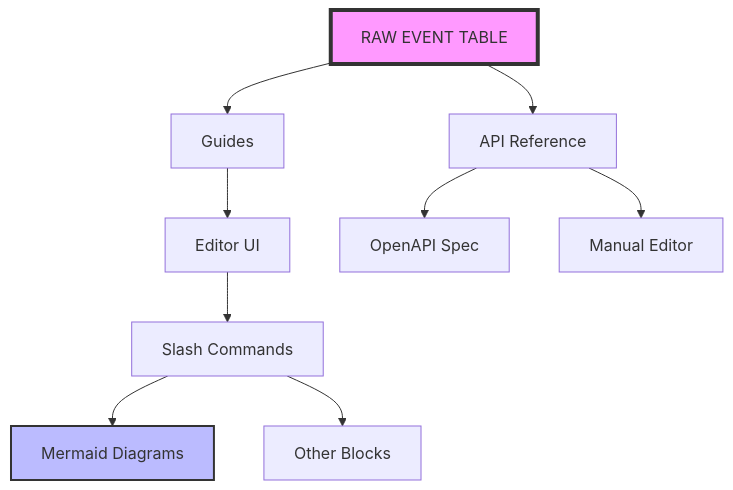
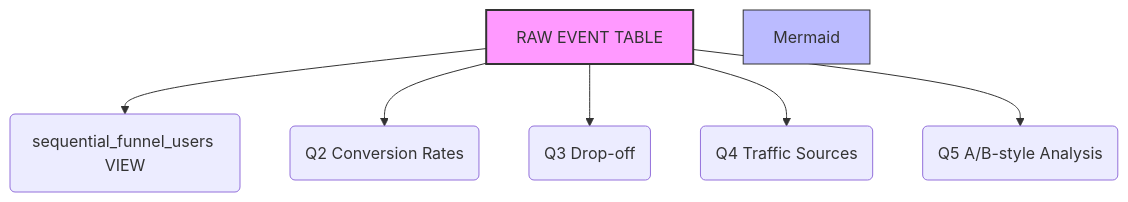
Before and after one commit to Adityayan/ecommerce-funnel-analysis: the diagram in README.md, drawn with Mermaid. The commit also changed other lines of this file, not shown here.

````diff
--- a/README.md
+++ b/README.md
@@ -3,16 +3,11 @@
 ```mermaid
 flowchart TD
-    ReadMe[RAW EVENT TABLE] --> Guides[Guides]
-    ReadMe --> APIRef[API Reference]
+ReadMe[RAW EVENT TABLE] --> A(sequential_funnel_users VIEW)
+    ReadMe-->B(Q2 Conversion Rates)
+    ReadMe-->C(Q3 Drop-off)
+    ReadMe-->D(Q4 Traffic Sources)
+    ReadMe-->E(Q5 A/B-style Analysis)
     
-    Guides --> Editor[Editor UI]
-    Editor --> Slash[Slash Commands]
-    Slash --> Mermaid[Mermaid Diagrams]
-    Slash --> Other[Other Blocks]
-    
-    APIRef --> OpenAPI[OpenAPI Spec]
-    APIRef --> Manual[Manual Editor]
-    
-    style ReadMe fill:#f9f,stroke:#333,stroke-width:4px
-    style Mermaid fill:#bbf,stroke:#333,stroke-width:2px
+    style ReadMe fill:#f9f,stroke:#333,stroke-width:2px
+    style Mermaid fill:#bbf,stroke:#333,stroke-width:1px
 ```
````
